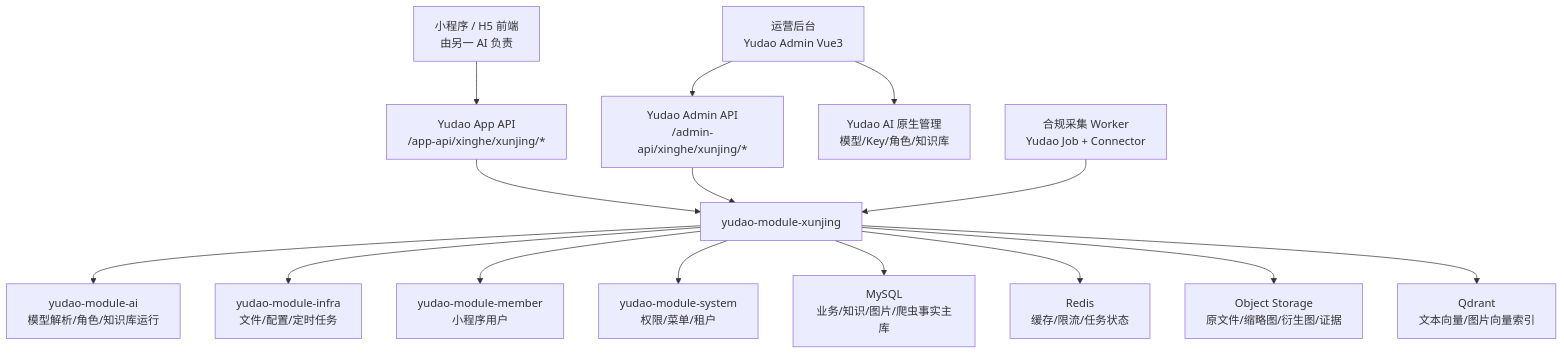
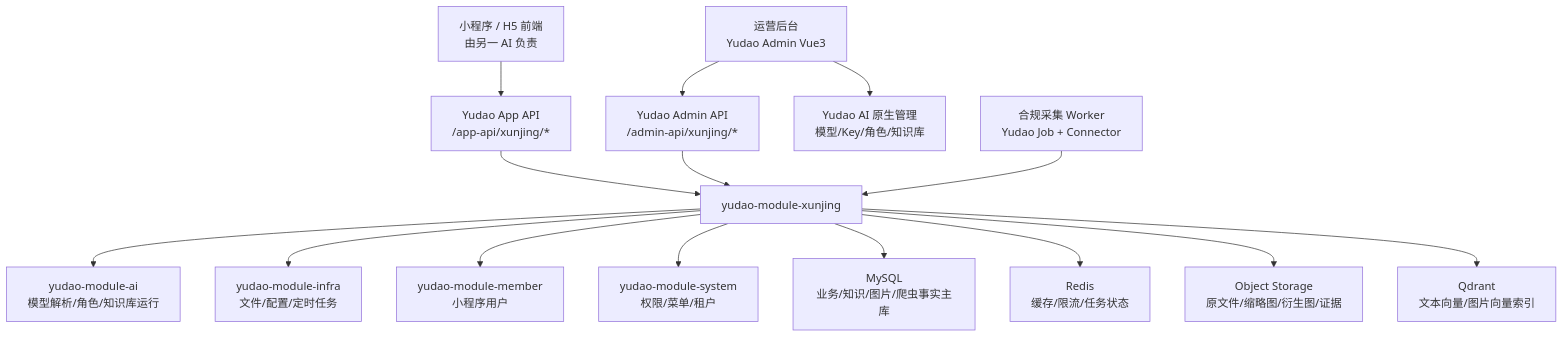
One commit to chaoliuhihi-web/xunjing changed the first of 5 diagrams in docs/02_开发规划/星河寻境一期后台Yudao架构规划.md. Above: the diagram before and after it, drawn with Mermaid. The commit also changed other lines of this file and 4 other files, not shown here.

Commit message:
docs: tighten xunjing yudao p0 backend scope

````diff
--- a/docs/02_开发规划/星河寻境一期后台Yudao架构规划.md
+++ b/docs/02_开发规划/星河寻境一期后台Yudao架构规划.md
@@ -102,21 +190,21 @@
 ```mermaid
 flowchart TD
-  App["小程序 / H5 前端\n由另一 AI 负责"] --> AppAPI["Yudao App API\n/app-api/xinghe/xunjing/*"]
-  Admin["运营后台\nYudao Admin Vue3"] --> AdminAPI["Yudao Admin API\n/admin-api/xinghe/xunjing/*"]
+  App["小程序 / H5 前端\n由另一 AI 负责"] --> AppAPI["Yudao App API\n/app-api/xunjing/*"]
+  Admin["运营后台\nYudao Admin Vue3"] --> AdminAPI["Yudao Admin API\n/admin-api/xunjing/*"]
 
   AppAPI --> XJ["yudao-module-xunjing"]
   AdminAPI --> XJ
   Admin --> YudaoAIUI["Yudao AI 原生管理\n模型/Key/角色/知识库"]
 
   XJ --> AI["yudao-module-ai\n模型解析/角色/知识库运行"]
   XJ --> Infra["yudao-module-infra\n文件/配置/定时任务"]
   XJ --> Member["yudao-module-member\n小程序用户"]
   XJ --> System["yudao-module-system\n权限/菜单/租户"]
 
   XJ --> MySQL["MySQL\n业务/知识/图片/爬虫事实主库"]
   XJ --> Redis["Redis\n缓存/限流/任务状态"]
   XJ --> OSS["Object Storage\n原文件/缩略图/衍生图/证据"]
   XJ --> Qdrant["Qdrant\n文本向量/图片向量索引"]
 
   Crawler["合规采集 Worker\nYudao Job + Connector"] --> XJ
 ```
````
